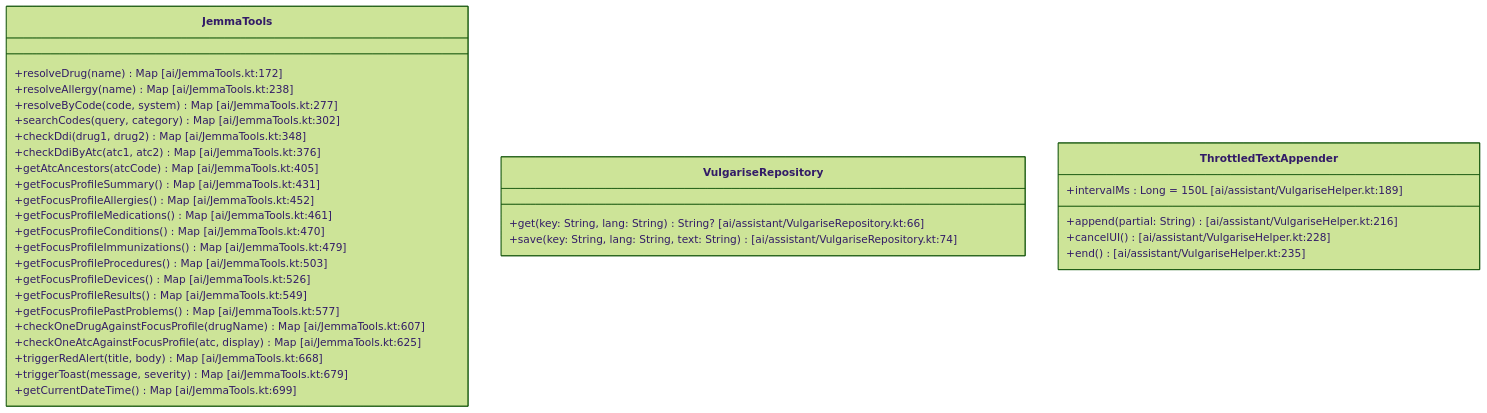
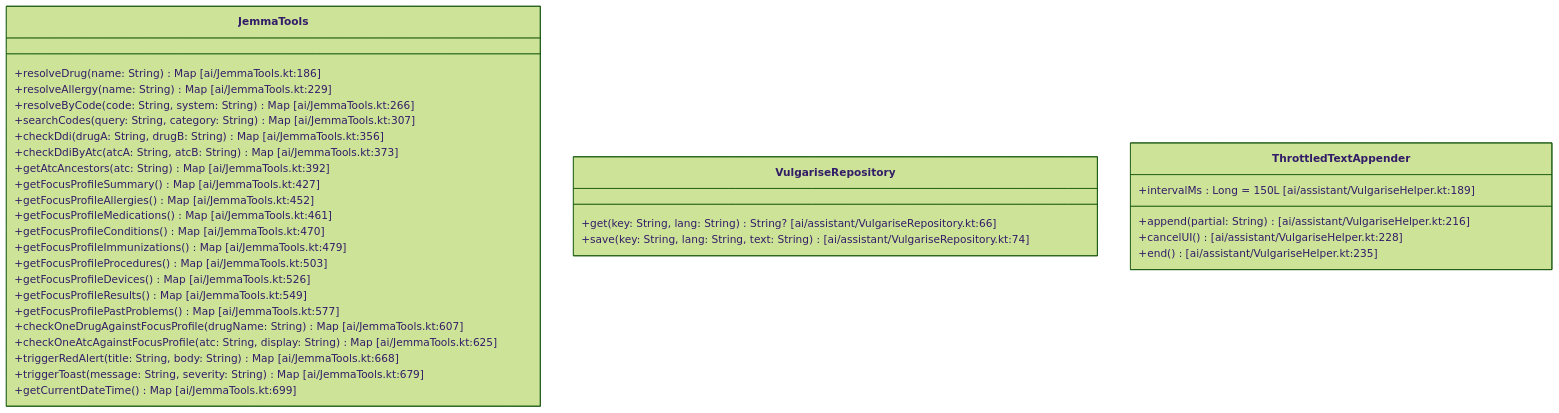
Before and after one commit to kurodohenroonsen/JemmaPass: the eighth of 21 diagrams in docs/DOCUMENTATION_UML_FONCTIONNELLE.md, drawn with Mermaid (forest theme). The commit also changed other lines of this file and 1 other file, not shown here.

````diff
--- a/docs/DOCUMENTATION_UML_FONCTIONNELLE.md
+++ b/docs/DOCUMENTATION_UML_FONCTIONNELLE.md
@@ -462,38 +469,38 @@
 ```mermaid
 classDiagram
     class JemmaTools {
-        +resolveDrug(name) Map [ai/JemmaTools.kt:172]
-        +resolveAllergy(name) Map [ai/JemmaTools.kt:238]
-        +resolveByCode(code, system) Map [ai/JemmaTools.kt:277]
-        +searchCodes(query, category) Map [ai/JemmaTools.kt:302]
-        +checkDdi(drug1, drug2) Map [ai/JemmaTools.kt:348]
-        +checkDdiByAtc(atc1, atc2) Map [ai/JemmaTools.kt:376]
-        +getAtcAncestors(atcCode) Map [ai/JemmaTools.kt:405]
-        +getFocusProfileSummary() Map [ai/JemmaTools.kt:431]
+        +resolveDrug(name: String) Map [ai/JemmaTools.kt:186]
+        +resolveAllergy(name: String) Map [ai/JemmaTools.kt:229]
+        +resolveByCode(code: String, system: String) Map [ai/JemmaTools.kt:266]
+        +searchCodes(query: String, category: String) Map [ai/JemmaTools.kt:307]
+        +checkDdi(drugA: String, drugB: String) Map [ai/JemmaTools.kt:356]
+        +checkDdiByAtc(atcA: String, atcB: String) Map [ai/JemmaTools.kt:373]
+        +getAtcAncestors(atc: String) Map [ai/JemmaTools.kt:392]
+        +getFocusProfileSummary() Map [ai/JemmaTools.kt:427]
         +getFocusProfileAllergies() Map [ai/JemmaTools.kt:452]
         +getFocusProfileMedications() Map [ai/JemmaTools.kt:461]
         +getFocusProfileConditions() Map [ai/JemmaTools.kt:470]
         +getFocusProfileImmunizations() Map [ai/JemmaTools.kt:479]
         +getFocusProfileProcedures() Map [ai/JemmaTools.kt:503]
         +getFocusProfileDevices() Map [ai/JemmaTools.kt:526]
         +getFocusProfileResults() Map [ai/JemmaTools.kt:549]
         +getFocusProfilePastProblems() Map [ai/JemmaTools.kt:577]
-        +checkOneDrugAgainstFocusProfile(drugName) Map [ai/JemmaTools.kt:607]
-        +checkOneAtcAgainstFocusProfile(atc, display) Map [ai/JemmaTools.kt:625]
-        +triggerRedAlert(title, body) Map [ai/JemmaTools.kt:668]
-        +triggerToast(message, severity) Map [ai/JemmaTools.kt:679]
+        +checkOneDrugAgainstFocusProfile(drugName: String) Map [ai/JemmaTools.kt:607]
+        +checkOneAtcAgainstFocusProfile(atc: String, display: String) Map [ai/JemmaTools.kt:625]
+        +triggerRedAlert(title: String, body: String) Map [ai/JemmaTools.kt:668]
+        +triggerToast(message: String, severity: String) Map [ai/JemmaTools.kt:679]
         +getCurrentDateTime() Map [ai/JemmaTools.kt:699]
     }
 
     class VulgariseRepository {
         +get(key: String, lang: String) String? [ai/assistant/VulgariseRepository.kt:66]
         +save(key: String, lang: String, text: String) [ai/assistant/VulgariseRepository.kt:74]
     }
 
     class ThrottledTextAppender {
         +intervalMs : Long = 150L [ai/assistant/VulgariseHelper.kt:189]
         +append(partial: String) [ai/assistant/VulgariseHelper.kt:216]
         +cancelUI() [ai/assistant/VulgariseHelper.kt:228]
         +end() [ai/assistant/VulgariseHelper.kt:235]
     }
 ```
````
